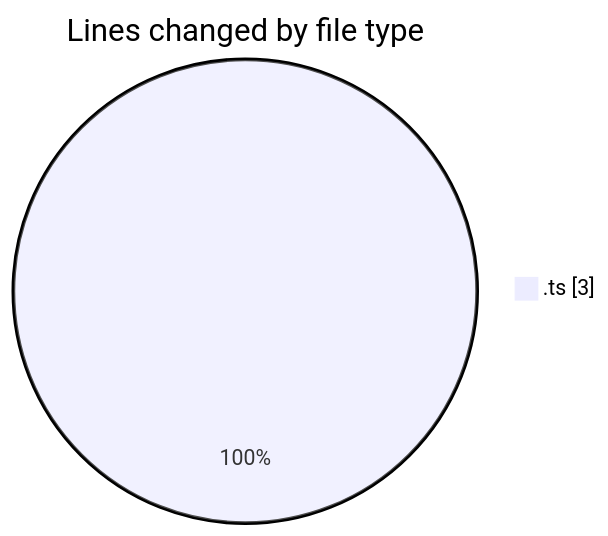
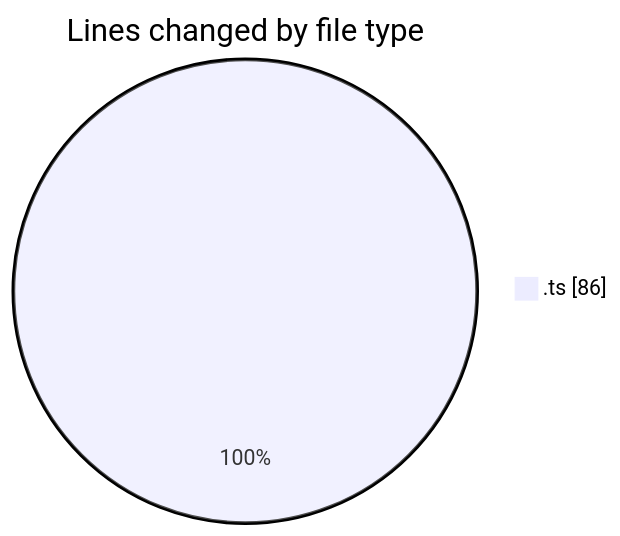
Before and after one commit to igalym/code-tracking: the first of 2 diagrams in 2026-03-31/cinema/README.md, drawn with Mermaid. The commit also changed other lines of this file and 1 other file, not shown here.

````diff
--- a/2026-03-31/cinema/README.md
+++ b/2026-03-31/cinema/README.md
@@ -20,5 +24,5 @@
 ```mermaid
 pie showData
 title Lines changed by file type
-".ts" : 3
+".ts" : 86
 ```
````
